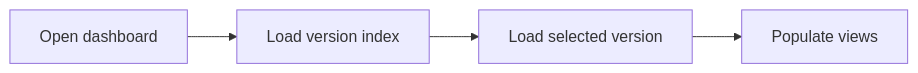
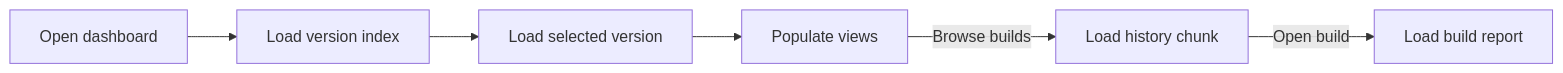
The second of 2 diagrams in docs/data-flow.md (lemonade-sdk/rocm-readiness), drawn with Mermaid before and after one commit. The commit also changed other lines of this file and 8 other files, not shown here.

Commit message:
Generate versioned UI datasets with retained build history

````diff
--- a/docs/data-flow.md
+++ b/docs/data-flow.md
@@ -37,6 +42,8 @@
 ```mermaid
 flowchart LR
     Open["Open dashboard"] --> Index["Load version index"]
     Index --> Load["Load selected version"]
     Load --> Display["Populate views"]
+    Display -->|Browse builds| History["Load history chunk"]
+    History -->|Open build| Report["Load build report"]
 ```
````
